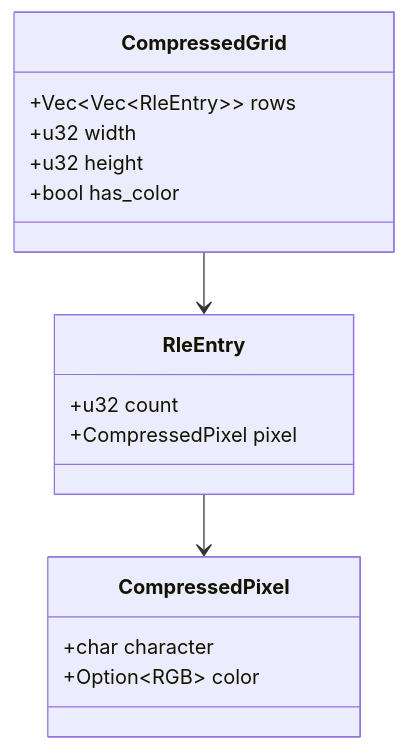
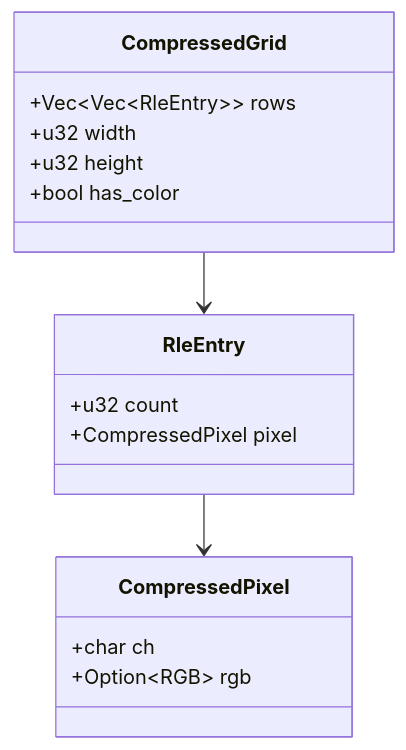
The fifth of 5 diagrams in docs/backend.compression.md (AlexanderHeffernan/image-to-ascii), drawn with Mermaid before and after one commit. The commit also changed other lines of this file, not shown here.

````diff
--- a/docs/backend.compression.md
+++ b/docs/backend.compression.md
@@ -104,22 +105,22 @@
 ```mermaid
 classDiagram
     class CompressedPixel {
-        +char character
-        +Option~RGB~ color
+        +char ch
+        +Option~RGB~ rgb
     }
 
     class RleEntry {
         +u32 count
         +CompressedPixel pixel
     }
 
     class CompressedGrid {
         +Vec~Vec~RleEntry~~ rows
         +u32 width
         +u32 height
         +bool has_color
     }
 
     CompressedGrid --> RleEntry
     RleEntry --> CompressedPixel
 ```
````
